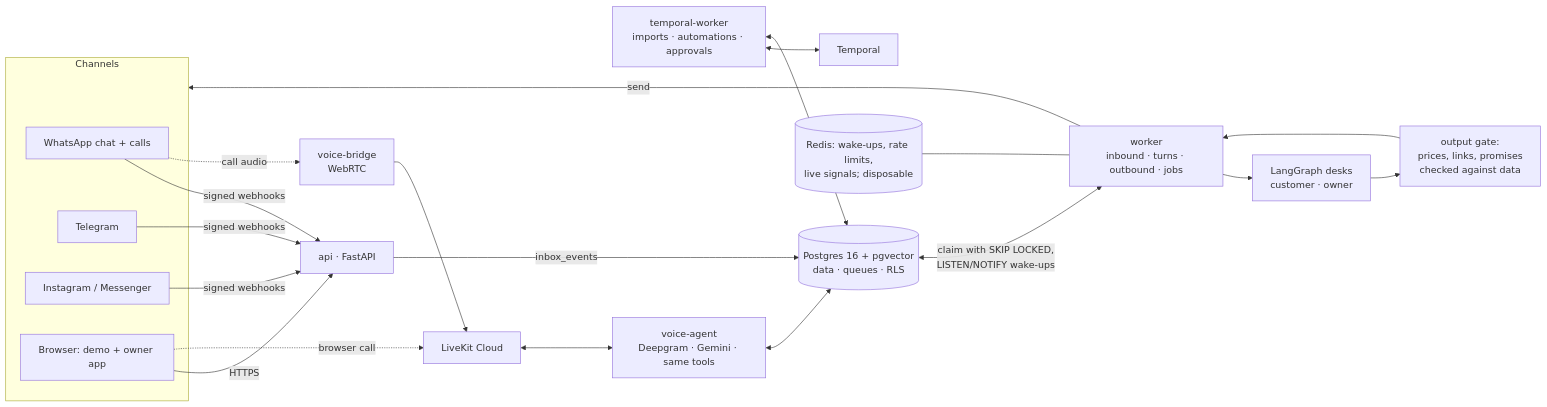
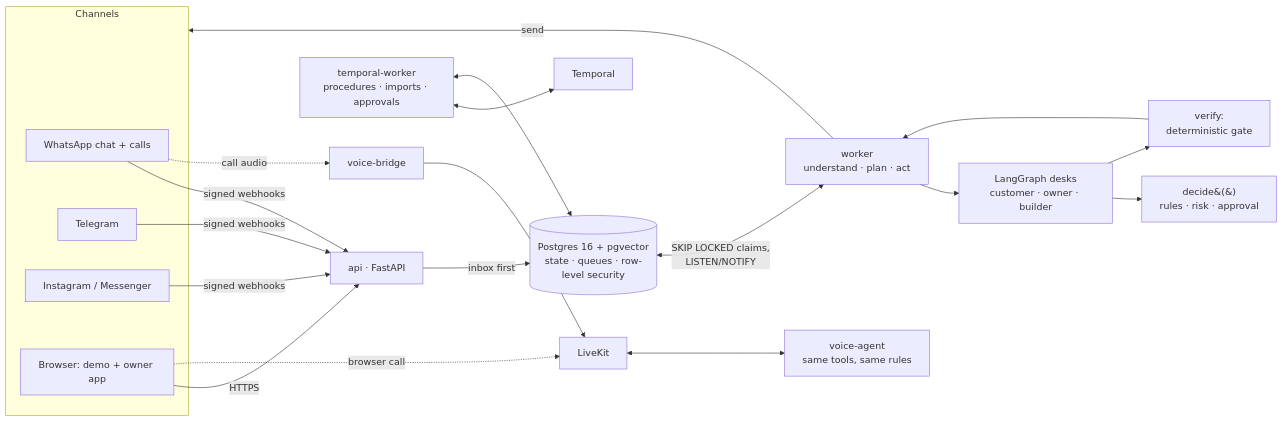
One commit to taha-sadikot-m/Reflexo.holoncode.in changed the second of 2 diagrams in README.md. Above: the diagram before and after it, drawn with Mermaid. The commit also changed other lines of this file, not shown here.

````diff
--- a/README.md
+++ b/README.md
@@ -35,24 +205,23 @@
 ```mermaid
 flowchart LR
     subgraph Channels
       WA[WhatsApp chat + calls]
       TG[Telegram]
       IG[Instagram / Messenger]
       WEB[Browser: demo + owner app]
     end
     WA & TG & IG -->|signed webhooks| API
     WEB -->|HTTPS| API
-    API[api · FastAPI] -->|inbox_events| PG[(Postgres 16 + pgvector<br/>data · queues · RLS)]
-    PG <-->|claim with SKIP LOCKED,<br/>LISTEN/NOTIFY wake-ups| W[worker<br/>inbound · turns · outbound · jobs]
-    W --> DESK[LangGraph desks<br/>customer · owner]
-    DESK --> GATE[output gate:<br/>prices, links, promises<br/>checked against data]
+    API[api · FastAPI] -->|inbox first| PG[(Postgres 16 + pgvector<br/>state · queues · row-level security)]
+    PG <-->|SKIP LOCKED claims,<br/>LISTEN/NOTIFY| W[worker<br/>understand · plan · act]
+    W --> DESK[LangGraph desks<br/>customer · owner · builder]
+    DESK --> DEC[decide&#40;&#41;<br/>rules · risk · approval]
+    DESK --> GATE[verify:<br/>deterministic gate]
     GATE --> W
     W -->|send| Channels
-    TW[temporal-worker<br/>imports · automations · approvals] <--> T[Temporal]
+    TW[temporal-worker<br/>procedures · imports · approvals] <--> T[Temporal]
     TW <--> PG
-    WA -. call audio .-> BR[voice-bridge<br/>WebRTC] --> LK[LiveKit Cloud]
+    WA -. call audio .-> BR[voice-bridge] --> LK[LiveKit]
     WEB -. browser call .-> LK
-    LK <--> VA[voice-agent<br/>Deepgram · Gemini · same tools]
-    VA <--> PG
-    R[(Redis: wake-ups, rate limits,<br/>live signals; disposable)] --- W
+    LK <--> VA[voice-agent<br/>same tools, same rules]
 ```
````
